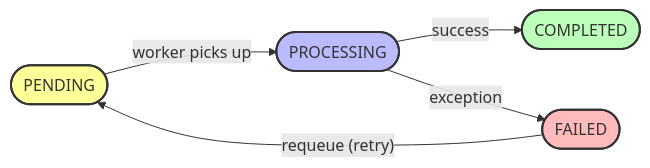
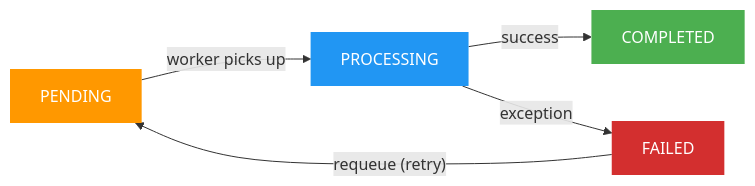
The third of 4 diagrams in README.md (Sakshamyadav15/SupportRAG), drawn with Mermaid before and after one commit. The commit also changed other lines of this file and 4 other files, not shown here.

Commit message:
Update Mermaid graphs to use rich dark-themed styles

````diff
--- a/README.md
+++ b/README.md
@@ -231,17 +240,17 @@
 ```mermaid
-flowchart LR
-    Pending(["PENDING"])
-    Processing(["PROCESSING"])
-    Completed(["COMPLETED"])
-    Failed(["FAILED"])
+graph LR
+    PENDING["  PENDING  "]
+    PROCESSING["  PROCESSING  "]
+    COMPLETED["  COMPLETED  "]
+    FAILED["  FAILED  "]
 
-    Pending -- worker picks up --> Processing
-    Processing -- success --> Completed
-    Processing -- exception --> Failed
-    Failed -- requeue (retry) --> Pending
+    PENDING -- worker picks up --> PROCESSING
+    PROCESSING -- success --> COMPLETED
+    PROCESSING -- exception --> FAILED
+    FAILED -- requeue (retry) --> PENDING
     
-    style Pending fill:#ff9,stroke:#333,stroke-width:2px
-    style Processing fill:#bbf,stroke:#333,stroke-width:2px
-    style Completed fill:#bfb,stroke:#333,stroke-width:2px
-    style Failed fill:#fbb,stroke:#333,stroke-width:2px
+    style PENDING fill:#FF9800,color:#fff,stroke:none
+    style PROCESSING fill:#2196F3,color:#fff,stroke:none
+    style COMPLETED fill:#4CAF50,color:#fff,stroke:none
+    style FAILED fill:#D32F2F,color:#fff,stroke:none
 ```
````
